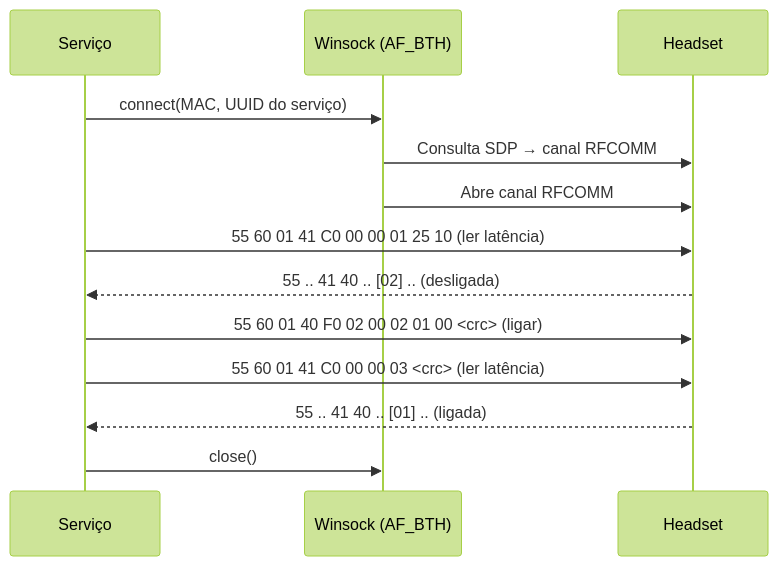
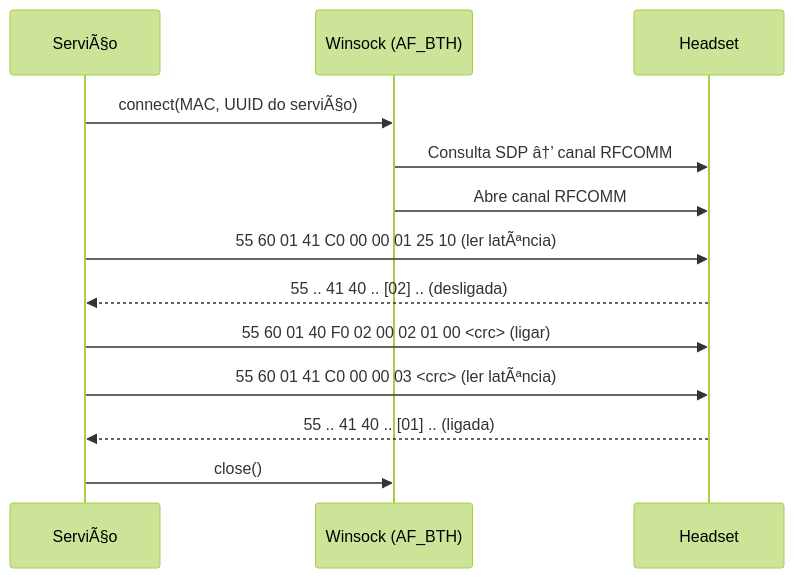
Before and after one commit to leorr/headset-low-latency: the fourth of 5 diagrams in README.md, drawn with Mermaid (forest theme). The commit also changed other lines of this file, not shown here.

````diff
--- a/README.md
+++ b/README.md
@@ -104,16 +104,16 @@
 ```mermaid
 sequenceDiagram
-    participant S as Serviço
+    participant S as ServiÃ§o
     participant W as Winsock (AF_BTH)
     participant H as Headset
 
-    S->>W: connect(MAC, UUID do serviço)
-    W->>H: Consulta SDP → canal RFCOMM
+    S->>W: connect(MAC, UUID do serviÃ§o)
+    W->>H: Consulta SDP â†’ canal RFCOMM
     W->>H: Abre canal RFCOMM
-    S->>H: 55 60 01 41 C0 00 00 01 25 10 (ler latência)
+    S->>H: 55 60 01 41 C0 00 00 01 25 10 (ler latÃªncia)
     H-->>S: 55 .. 41 40 .. [02] .. (desligada)
     S->>H: 55 60 01 40 F0 02 00 02 01 00 <crc> (ligar)
-    S->>H: 55 60 01 41 C0 00 00 03 <crc> (ler latência)
+    S->>H: 55 60 01 41 C0 00 00 03 <crc> (ler latÃªncia)
     H-->>S: 55 .. 41 40 .. [01] .. (ligada)
     S->>W: close()
 ```
````
